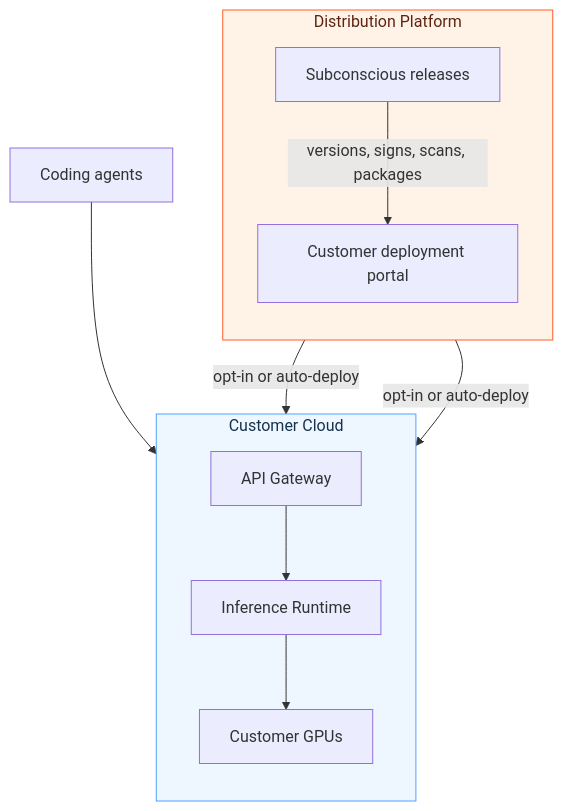
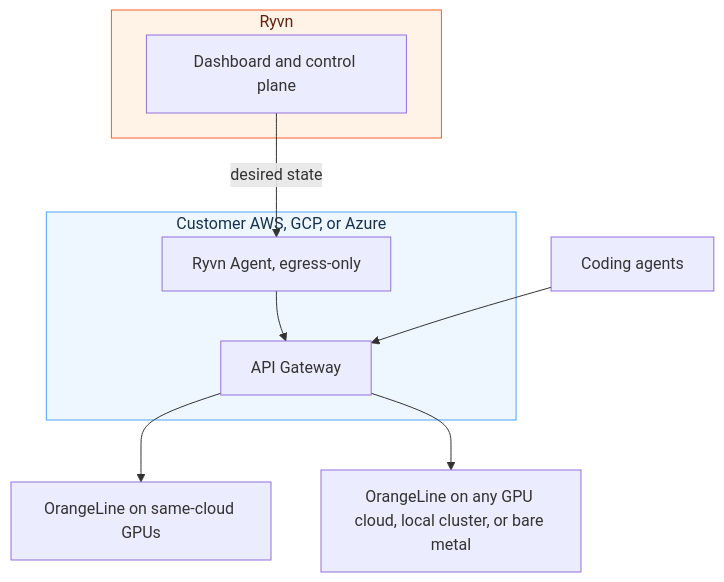
The diagram in on-prem/how-it-works.mdx (subconscious-systems/subconscious-docs), drawn with Mermaid before and after one commit. The commit also changed other lines of this file and 17 other files, not shown here.

First line of the commit message:
docs: replace Distr with Ryvn and document two on-prem modes

````diff
--- a/on-prem/how-it-works.mdx
+++ b/on-prem/how-it-works.mdx
@@ -14,27 +15,25 @@
 ```mermaid
 flowchart TD
-  subgraph distribution["Distribution Platform"]
-    direction TB
-    releases["Subconscious releases"]
-    distr["Customer deployment portal"]
-    releases -->|"versions, signs, scans, packages"| distr
+  codingAgents["Coding agents"]
+
+  subgraph ryvn["Ryvn"]
+    hub["Dashboard and control plane"]
   end
 
-  codingAgents["Coding agents"]
-
-  subgraph customer["Customer Cloud"]
-    direction TB
+  subgraph customerCloud["Customer AWS, GCP, or Azure"]
+    agent["Ryvn Agent, egress-only"]
     gateway["API Gateway"]
-    runtime["Inference Runtime"]
-    gpus["Customer GPUs"]
-    gateway --> runtime
-    runtime --> gpus
+    agent --> gateway
   end
 
+  orangelineSame["OrangeLine on same-cloud GPUs"]
+  orangelineOther["OrangeLine on any GPU cloud, local cluster, or bare metal"]
+
+  hub -->|"desired state"| agent
   codingAgents --> gateway
-  distr -->|"opt-in or auto-deploy"| gateway
-  distr -->|"opt-in or auto-deploy"| runtime
+  gateway --> orangelineSame
+  gateway --> orangelineOther
 
-  style distribution fill:#fff3e8,stroke:#ff5c28,stroke-width:1px,color:#5f2411
-  style customer fill:#eef7ff,stroke:#4ea3ff,stroke-width:1px,color:#17324d
+  style ryvn fill:#fff3e8,stroke:#ff5c28,stroke-width:1px,color:#5f2411
+  style customerCloud fill:#eef7ff,stroke:#4ea3ff,stroke-width:1px,color:#17324d
 ```
````
